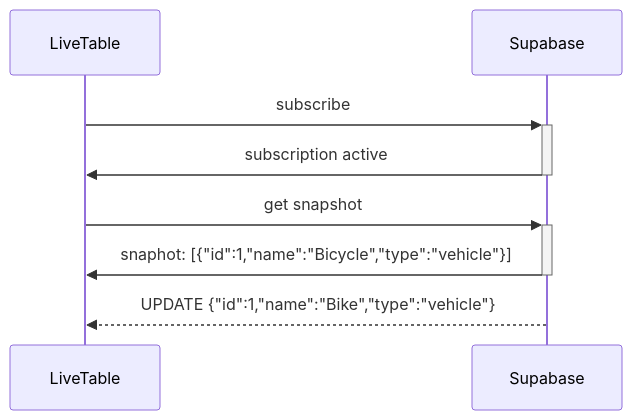
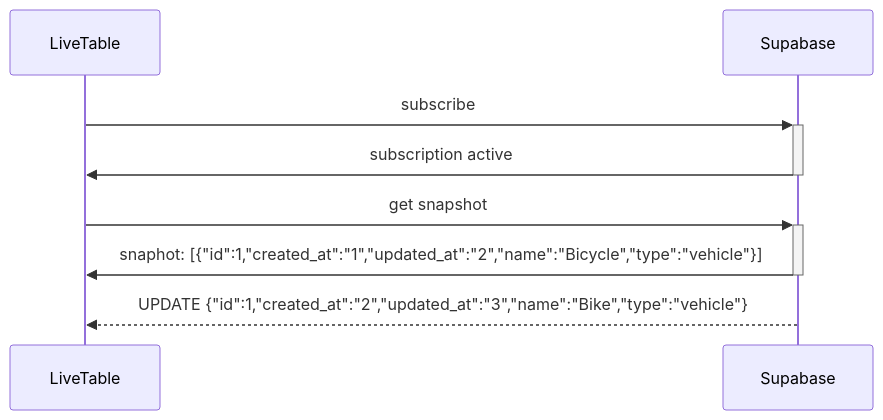
The diagram in docs/sequence-diagrams/replays-updates-that-arrived-after-the-snapshot.md (openartmarket/supabase-live-table), drawn with Mermaid before and after one commit. The commit also changed other lines of this file and 5 other files, not shown here.

````diff
--- a/docs/sequence-diagrams/replays-updates-that-arrived-after-the-snapshot.md
+++ b/docs/sequence-diagrams/replays-updates-that-arrived-after-the-snapshot.md
@@ -3,8 +3,8 @@
 ```mermaid
 sequenceDiagram
   LiveTable->>+Supabase: subscribe
   Supabase->>-LiveTable: subscription active
   LiveTable->>+Supabase: get snapshot
-  Supabase->>-LiveTable: snaphot: [{"id":1,"name":"Bicycle","type":"vehicle"}]
-  Supabase-->>LiveTable: UPDATE {"id":1,"name":"Bike","type":"vehicle"}
+  Supabase->>-LiveTable: snaphot: [{"id":1,"created_at":"1","updated_at":"2","name":"Bicycle","type":"vehicle"}]
+  Supabase-->>LiveTable: UPDATE {"id":1,"created_at":"2","updated_at":"3","name":"Bike","type":"vehicle"}
 ```
````
